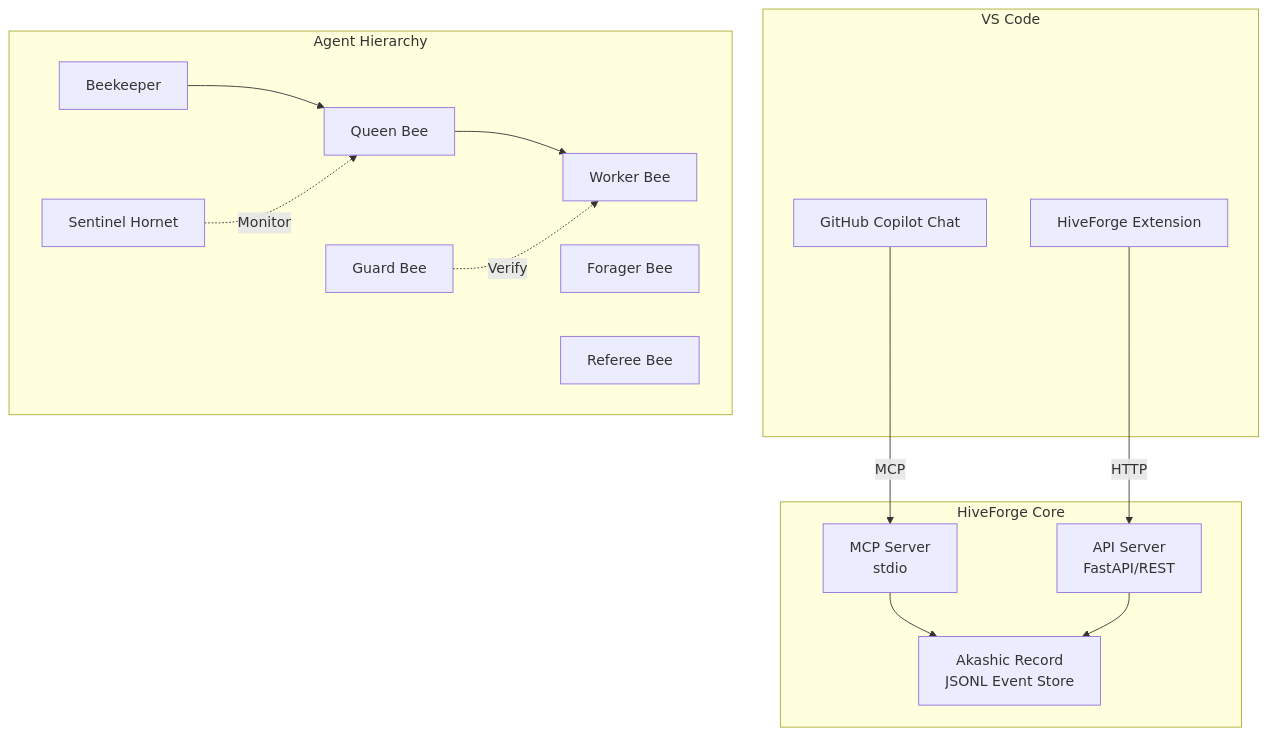
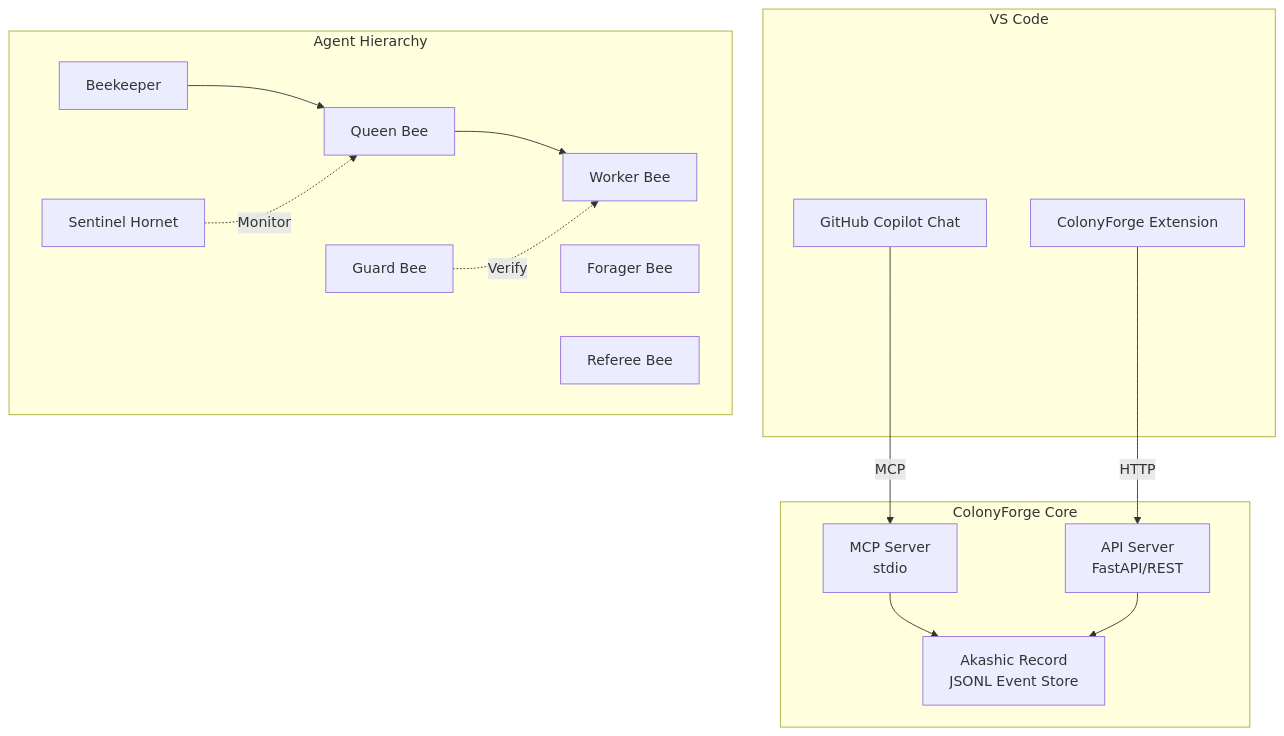
The diagram in docs/architecture/index.md (k-iijima/HiveForge), drawn with Mermaid before and after one commit. The commit also changed other lines of this file and 440 other files, not shown here.

First line of the commit message:
refactor: rename HiveForge to ColonyForge

````diff
--- a/docs/architecture/index.md
+++ b/docs/architecture/index.md
@@ -12,32 +12,32 @@
 ```mermaid
 graph TB
     subgraph "VS Code"
         CP[GitHub Copilot Chat]
-        EXT[HiveForge Extension]
+        EXT[ColonyForge Extension]
     end
 
-    subgraph "HiveForge Core"
+    subgraph "ColonyForge Core"
         MCP[MCP Server<br/>stdio]
         API[API Server<br/>FastAPI/REST]
         AR[Akashic Record<br/>JSONL Event Store]
     end
 
     subgraph "Agent Hierarchy"
         BK[Beekeeper]
         QB[Queen Bee]
         WB[Worker Bee]
         SH[Sentinel Hornet]
         GB[Guard Bee]
         FB[Forager Bee]
         RB[Referee Bee]
     end
 
     CP -->|MCP| MCP
     EXT -->|HTTP| API
     MCP --> AR
     API --> AR
     BK --> QB
     QB --> WB
     SH -.->|Monitor| QB
     GB -.->|Verify| WB
 ```
````
